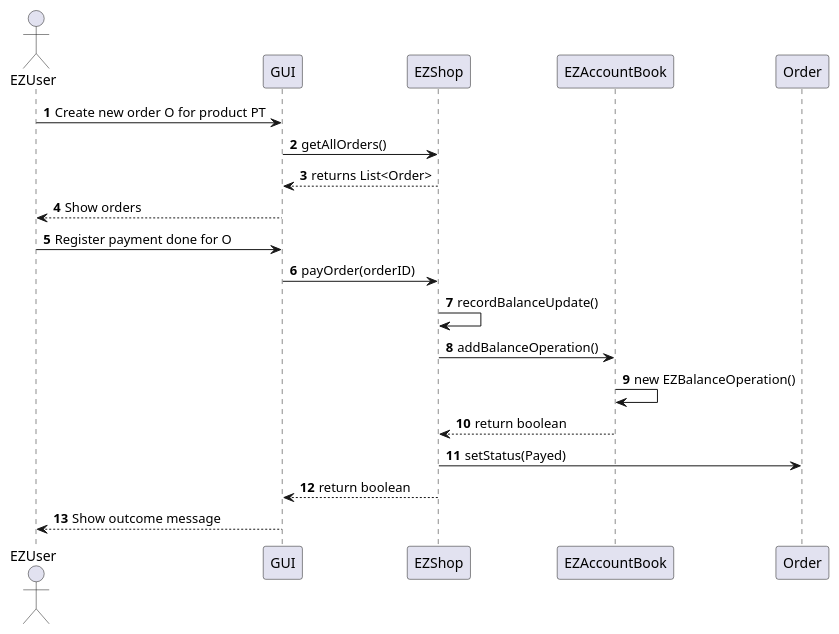
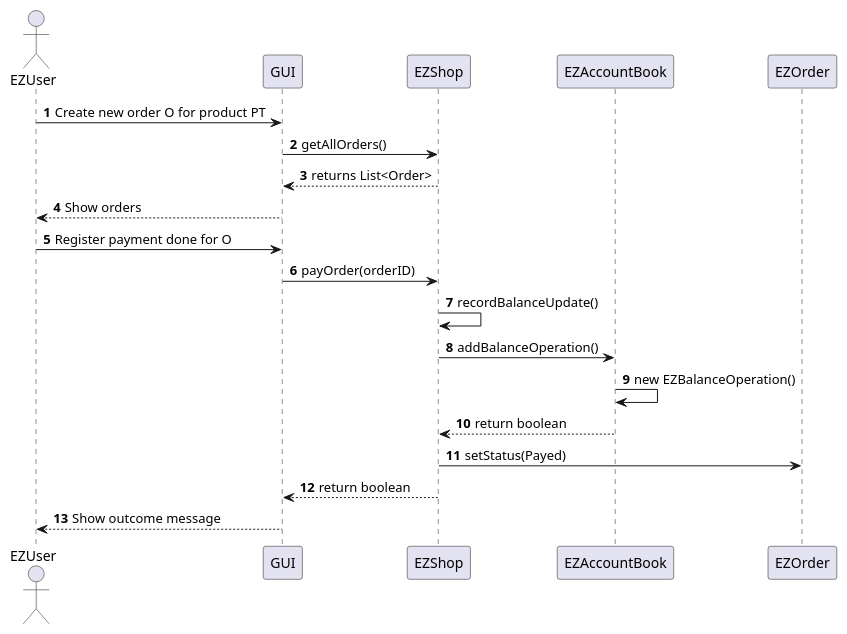
One commit to Stormz4/group20-EzShop changed diagram 11 of 27 in Deliverables/DesignDocument.md. Above: the diagram before and after it, drawn with PlantUML. The commit also changed other lines of this file, not shown here.

````diff
--- a/Deliverables/DesignDocument.md
+++ b/Deliverables/DesignDocument.md
@@ -520,19 +539,19 @@
 ```plantuml
 @startuml
 Actor EZUser
 autonumber
 EZUser -> GUI: Create new order O for product PT
 GUI -> EZShop: getAllOrders()
 EZShop --> GUI: returns List<Order>
 GUI --> EZUser: Show orders
 EZUser -> GUI: Register payment done for O
 GUI -> EZShop: payOrder(orderID)
 EZShop -> EZShop: recordBalanceUpdate()
 EZShop -> EZAccountBook: addBalanceOperation()
 EZAccountBook -> EZAccountBook: new EZBalanceOperation()
 EZAccountBook --> EZShop: return boolean
-EZShop -> Order: setStatus(Payed)
+EZShop -> EZOrder: setStatus(Payed)
 EZShop --> GUI: return boolean
 GUI --> EZUser: Show outcome message
 @enduml
 ```
````
